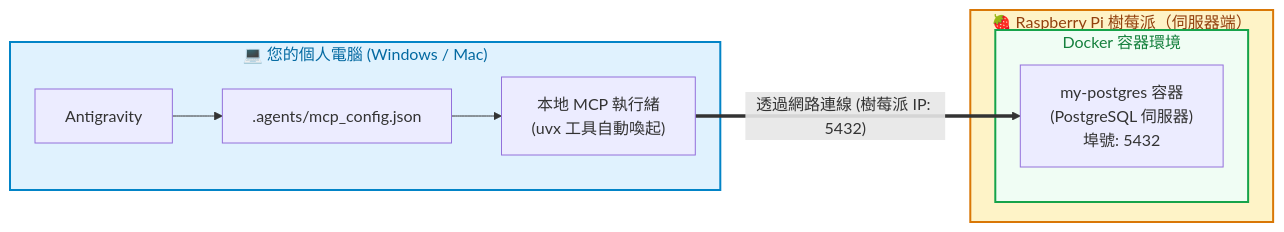
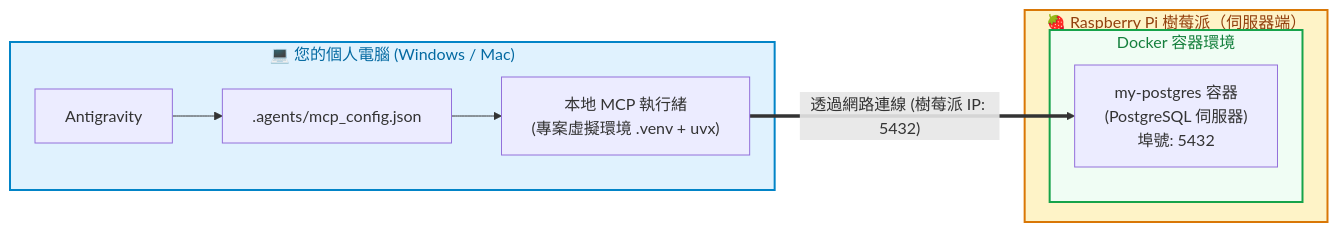
The diagram in raspberry_docker安裝/4_單獨安裝mcp_server.md (roberthsu2003/postgreSQL_MCP), drawn with Mermaid before and after one commit. The commit also changed other lines of this file and 1 other file, not shown here.

Commit message:
docs: add GEMINI guide and update Raspberry Pi Docker MCP installation guide

````diff
--- a/raspberry_docker安裝/4_單獨安裝mcp_server.md
+++ b/raspberry_docker安裝/4_單獨安裝mcp_server.md
@@ -15,24 +15,24 @@
 ```mermaid
 graph LR
     subgraph Local ["💻 您的個人電腦 (Windows / Mac)"]
         AG["Antigravity"]
         Config[".agents/mcp_config.json"]
-        MCPRunner["本地 MCP 執行緒<br/>(uvx 工具自動喚起)"]
+        MCPRunner["本地 MCP 執行緒<br/>(專案虛擬環境 .venv + uvx)"]
         AG --> Config --> MCPRunner
     end
 
     subgraph Pi ["🍓 Raspberry Pi 樹莓派（伺服器端）"]
         subgraph Docker ["Docker 容器環境"]
             PG["my-postgres 容器<br/>(PostgreSQL 伺服器)<br/>埠號: 5432"]
         end
     end
 
     MCPRunner ==>|"透過網路連線 (樹莓派 IP: 5432)"| PG
 
     classDef client fill:#e0f2fe,stroke:#0284c7,stroke-width:2px,color:#0369a1
     classDef server fill:#fef3c7,stroke:#d97706,stroke-width:2px,color:#92400e
     classDef docker fill:#f0fdf4,stroke:#16a34a,stroke-width:2px,color:#15803d
     class Local client
     class Pi server
     class Docker docker
 ```
````
